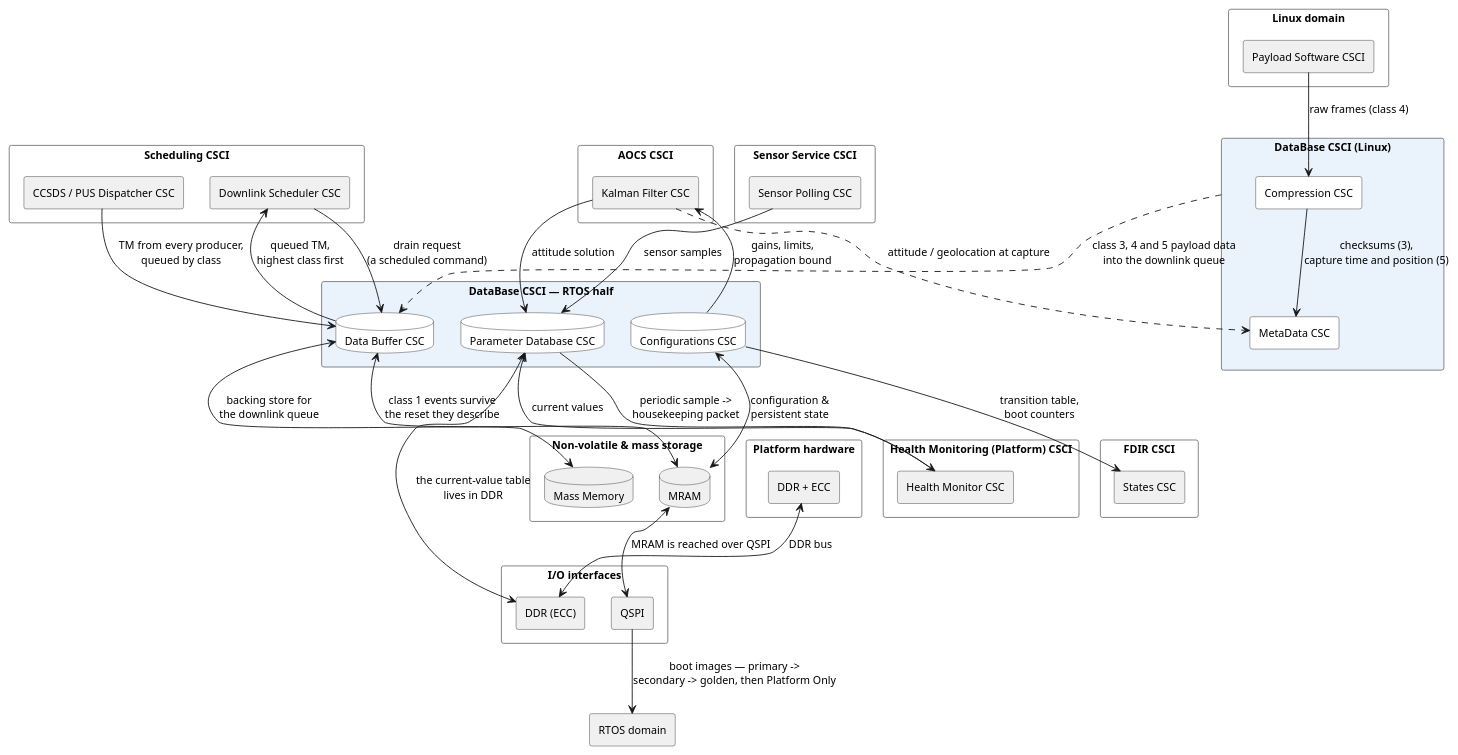
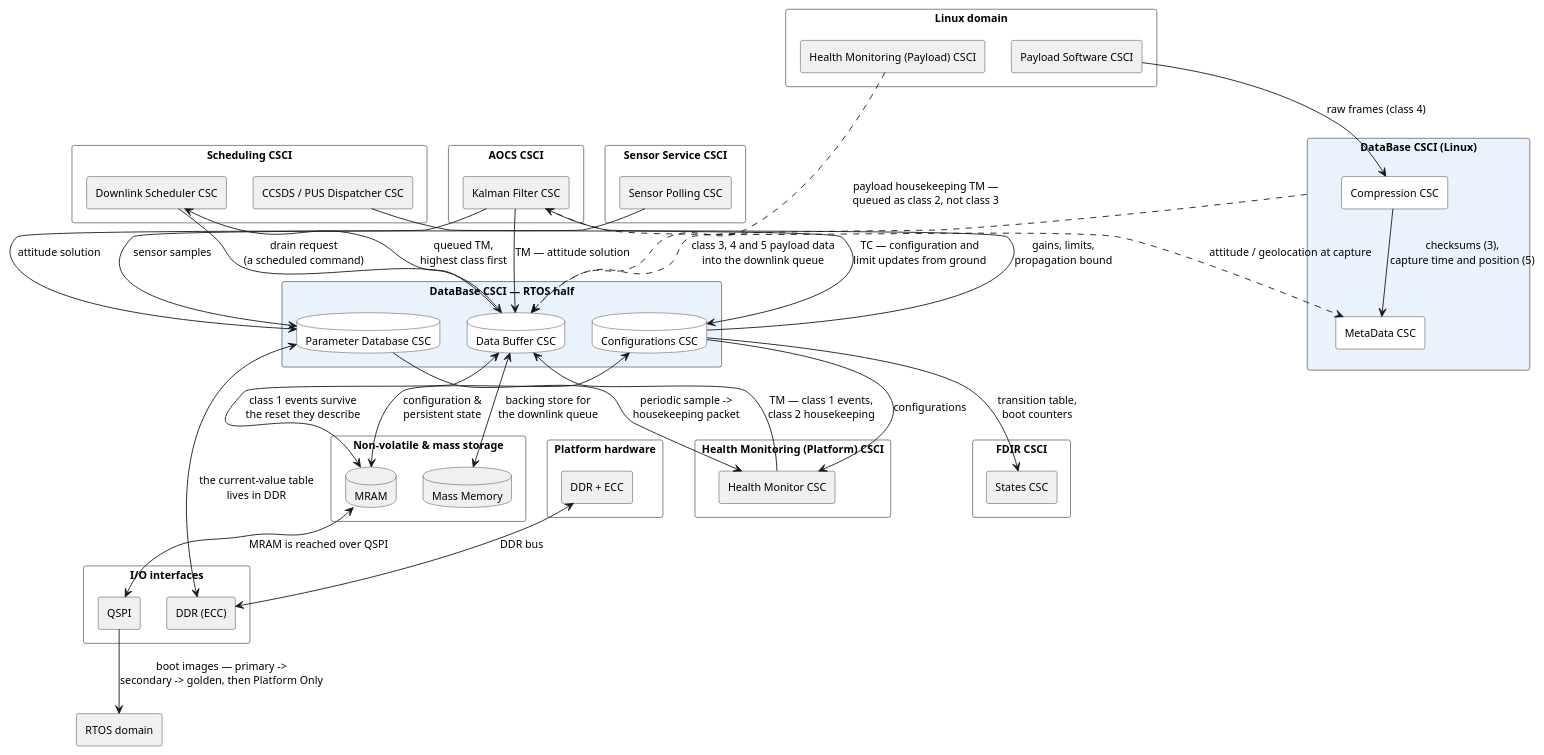
One commit to seapit/urban-memory changed the diagram in docs/puml/obc-csci-database.puml. Above: the diagram before and after it, drawn with PlantUML. The commit also changed 7 other files, not shown here.

Commit message:
fix diagrams

```diff
--- a/docs/puml/obc-csci-database.puml
+++ b/docs/puml/obc-csci-database.puml
@@ -1,95 +1,99 @@
 @startuml
 ' DataBase CSCI — the CSCI in full, with every relation that crosses its boundary.
 ' Everything drawn in grey is context: it is shown only far enough to say what
 ' this CSCI talks to. The whole picture is in obc-csci-full.puml.
 ' GENERATED from obc-csci-full.puml — edit that file, then re-run split.py.
 
 skinparam componentStyle rectangle
 skinparam packageStyle rectangle
 skinparam shadowing false
 skinparam nodesep 30
 skinparam ranksep 58
 skinparam defaultFontSize 12
 skinparam wrapWidth 240
 skinparam package {
   BackgroundColor #FFFFFF
   BorderColor #777777
 }
 skinparam component {
   BackgroundColor #FFFFFF
   BorderColor #333333
 }
 skinparam database {
   BackgroundColor #FFFFFF
   BorderColor #333333
 }
 
 ' ---------------------------------------------- the CSCI under view
 package "DataBase CSCI — RTOS half" as DBRT #EAF2FB {
   database "Data Buffer CSC" as DBUF
   database "Parameter Database CSC" as PDB
   database "Configurations CSC" as CFG
 }
 package "DataBase CSCI (Linux)" as DBLX #EAF2FB {
   component "Compression CSC" as COMP
   component "MetaData CSC" as META
 }
 
 ' ---------------------------------------------- context only
 package "Scheduling CSCI" as SCHED {
   component "CCSDS / PUS Dispatcher CSC" as CCSDS #F0F0F0
   component "Downlink Scheduler CSC" as DLSCHED #F0F0F0
 }
 package "FDIR CSCI" as FDIR {
   component "States CSC" as STATES #F0F0F0
 }
 package "AOCS CSCI" as AOCS {
   component "Kalman Filter CSC" as FILTER #F0F0F0
 }
 package "Health Monitoring (Platform) CSCI" as HM {
   component "Health Monitor CSC" as HMON #F0F0F0
 }
 package "Sensor Service CSCI" as SENS {
   component "Sensor Polling CSC" as POLL #F0F0F0
 }
 package "Non-volatile & mass storage" as STORE {
   database "Mass Memory" as MASS #F0F0F0
   database "MRAM" as MRAM #F0F0F0
 }
 package "I/O interfaces" as IFACE {
   component "DDR (ECC)" as DDRIF #F0F0F0
   component "QSPI" as QSPI #F0F0F0
 }
 package "Linux domain" as LINDOM {
   component "Payload Software CSCI" as PAY #F0F0F0
+  component "Health Monitoring (Payload) CSCI" as PHM #F0F0F0
 }
 package "Platform hardware" as PHW {
   component "DDR + ECC" as DDR #F0F0F0
 }
 component "RTOS domain" as RTOSDOM #F0F0F0
 
 ' ---------------------------------------------- inside the CSCI
 COMP --> META : checksums (3),\ncapture time and position (5)
 
 ' ---------------------------------------------- across its boundary
-CCSDS --> DBUF : TM from every producer,\nqueued by class
+FILTER --> DBUF : TM — attitude solution
+HMON --> DBUF : TM — class 1 events,\nclass 2 housekeeping
+PHM ..> DBUF : payload housekeeping TM —\nqueued as class 2, not class 3
 DLSCHED --> DBUF : drain request\n(a scheduled command)
 DBUF --> DLSCHED : queued TM,\nhighest class first
+CCSDS --> CFG : TC — configuration and\nlimit updates from ground
 CFG --> STATES : transition table,\nboot counters
 CFG --> FILTER : gains, limits,\npropagation bound
-HMON --> PDB : current values
+CFG --> HMON : configurations
 PDB --> HMON : periodic sample ->\nhousekeeping packet
 FILTER --> PDB : attitude solution
 POLL --> PDB : sensor samples
 DBUF <--> MASS : backing store for\nthe downlink queue
 DBUF <--> MRAM : class 1 events survive\nthe reset they describe
 CFG <--> MRAM : configuration &\npersistent state
 PDB <--> DDRIF : the current-value table\nlives in DDR
 PAY --> COMP : raw frames (class 4)
 FILTER ..> META : attitude / geolocation at capture
 DBLX ..> DBUF : class 3, 4 and 5 payload data\ninto the downlink queue
 MRAM <--> QSPI : MRAM is reached over QSPI
 DDR <--> DDRIF : DDR bus
 QSPI --> RTOSDOM : boot images — primary ->\nsecondary -> golden, then Platform Only
 
 @enduml
```
